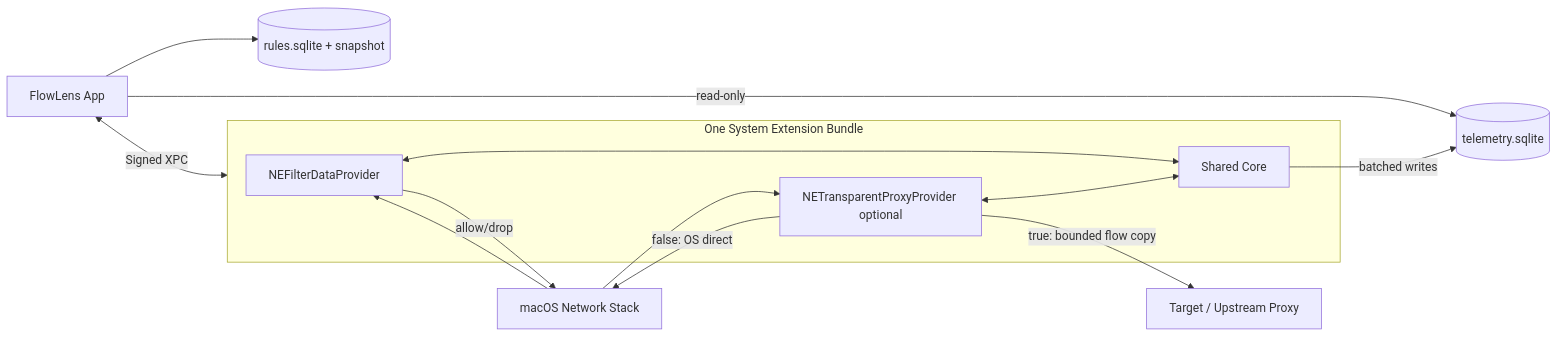
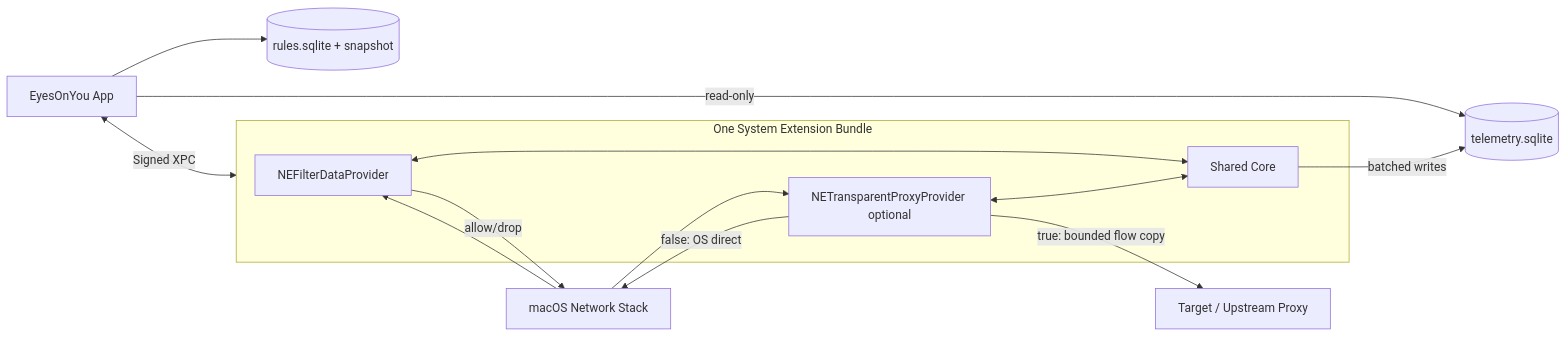
Before and after one commit to Johnnydaszhu/EyesOnYou: the diagram in diagrams/architecture.mmd, drawn with Mermaid. The commit also changed 116 other files, not shown here.

```diff
--- a/diagrams/architecture.mmd
+++ b/diagrams/architecture.mmd
@@ -1,17 +1,17 @@
 flowchart LR
-    UI[FlowLens App] <-->|Signed XPC| S[FlowLens.systemextension]
+    UI[EyesOnYou App] <-->|Signed XPC| S[EyesOnYou.systemextension]
     UI --> R[(rules.sqlite + snapshot)]
     UI -->|read-only| T[(telemetry.sqlite)]
     subgraph S[One System Extension Bundle]
         F[NEFilterDataProvider]
         P[NETransparentProxyProvider optional]
         C[Shared Core]
         F <--> C
         P <--> C
     end
     OS[macOS Network Stack] --> F
     F -->|allow/drop| OS
     OS --> P
     P -->|false: OS direct| OS
     P -->|true: bounded flow copy| U[Target / Upstream Proxy]
     C -->|batched writes| T
```
